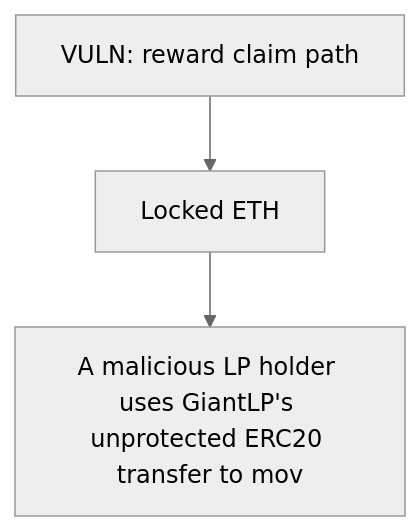
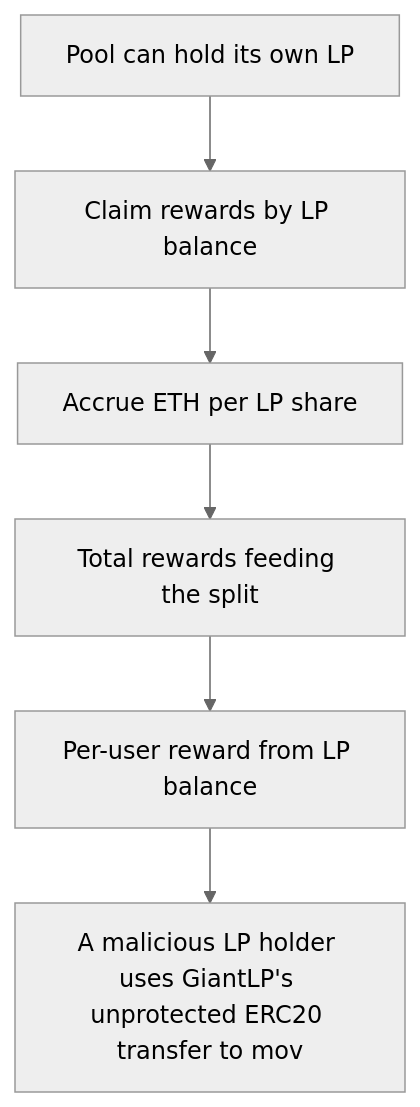
Before and after one commit to sanbir/evm-hack-registry: the diagram in 43026-h-02-rewards-of-giantmevandfeespool-can-be-locked-for-all-us_exp/43026-h-02-rewards-of-giantmevandfeespool-can-be-locked-for-all-us_exp.md, drawn with Mermaid (neutral theme). The commit also changed other lines of this file and 79 other files, not shown here.

````diff
--- a/43026-h-02-rewards-of-giantmevandfeespool-can-be-locked-for-all-us_exp/43026-h-02-rewards-of-giantmevandfeespool-can-be-locked-for-all-us_exp.md
+++ b/43026-h-02-rewards-of-giantmevandfeespool-can-be-locked-for-all-us_exp/43026-h-02-rewards-of-giantmevandfeespool-can-be-locked-for-all-us_exp.md
@@ -28,8 +28,14 @@
 ```mermaid
 flowchart TD
-  S0["VULN: reward claim path"]
-  S1["Locked ETH"]
+  S0["Pool can hold its own LP"]
+  S1["Claim rewards by LP balance"]
+  S2["Accrue ETH per LP share"]
+  S3["Total rewards feeding the split"]
+  S4["Per-user reward from LP balance"]
   H["A malicious LP holder uses GiantLP's unprotected ERC20 transfer to mov"]
   S0 --> S1
-  S1 --> H
+  S1 --> S2
+  S2 --> S3
+  S3 --> S4
+  S4 --> H
 ```
````
